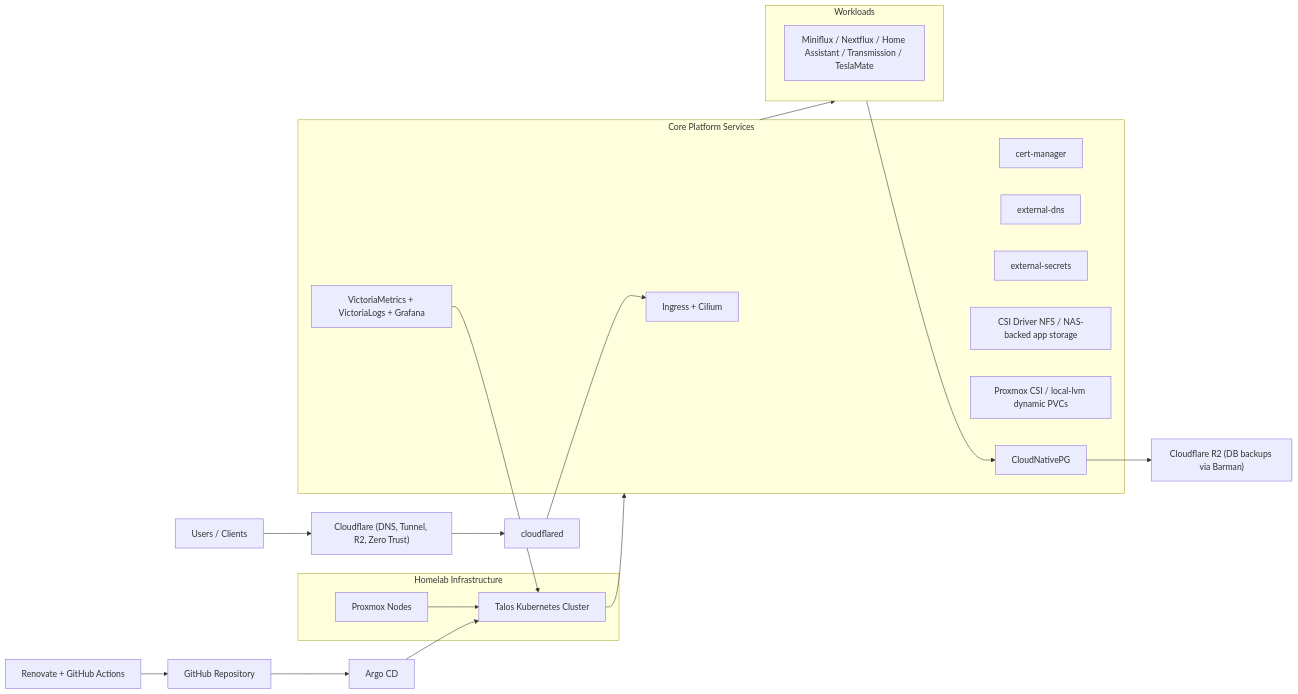
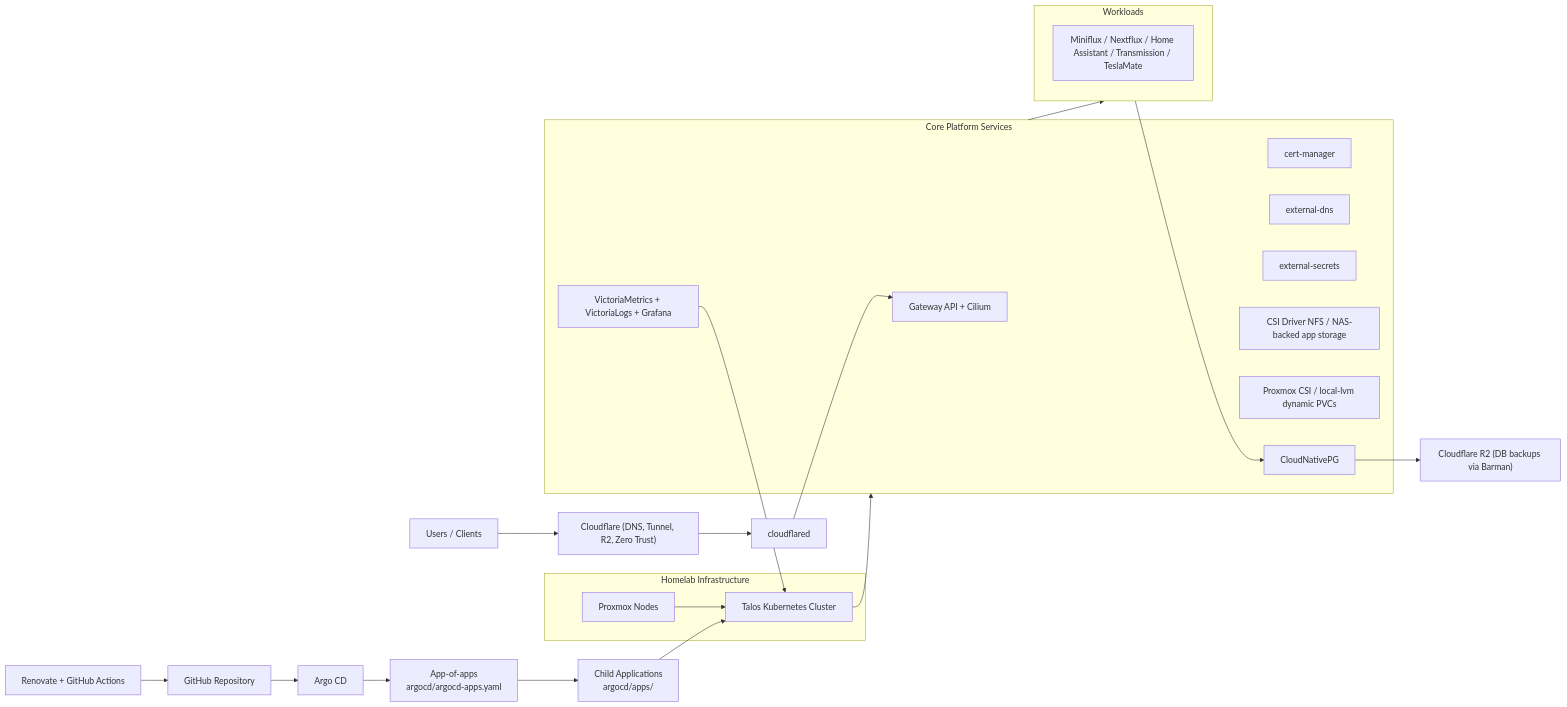
The diagram in README.md (nidr0x/k8s-gitops), drawn with Mermaid before and after one commit. The commit also changed other lines of this file, not shown here.

````diff
--- a/README.md
+++ b/README.md
@@ -80,36 +82,38 @@
 ```mermaid
 flowchart LR
     U["Users / Clients"] --> CF["Cloudflare (DNS, Tunnel, R2, Zero Trust)"]
     GH["GitHub Repository"] --> ARGO["Argo CD"]
+    ARGO --> ROOT["App-of-apps<br/>argocd/argocd-apps.yaml"]
+    ROOT --> CHILD["Child Applications<br/>argocd/apps/"]
     REN["Renovate + GitHub Actions"] --> GH
     CF --> CFLT["cloudflared"]
 
     subgraph INFRA["Homelab Infrastructure"]
       PVE["Proxmox Nodes"] --> TAL["Talos Kubernetes Cluster"]
     end
 
-    ARGO --> TAL
-    CFLT --> ING["Ingress + Cilium"]
+    CHILD --> TAL
+    CFLT --> GW["Gateway API + Cilium"]
 
     subgraph PLATFORM["Core Platform Services"]
-      ING
+      GW
       CERT["cert-manager"]
       EXTDNS["external-dns"]
       EXTS["external-secrets"]
       NFS["CSI Driver NFS / NAS-backed app storage"]
       PXC["Proxmox CSI / local-lvm dynamic PVCs"]
       PG["CloudNativePG"]
       MON["VictoriaMetrics + VictoriaLogs + Grafana"]
     end
 
     TAL --> PLATFORM
 
     subgraph APPS["Workloads"]
       APP1["Miniflux / Nextflux / Home Assistant / Transmission / TeslaMate"]
     end
 
     PLATFORM --> APPS
     APPS --> PG
     MON --> TAL
     PG --> R2["Cloudflare R2 (DB backups via Barman)"]
 ```
````
